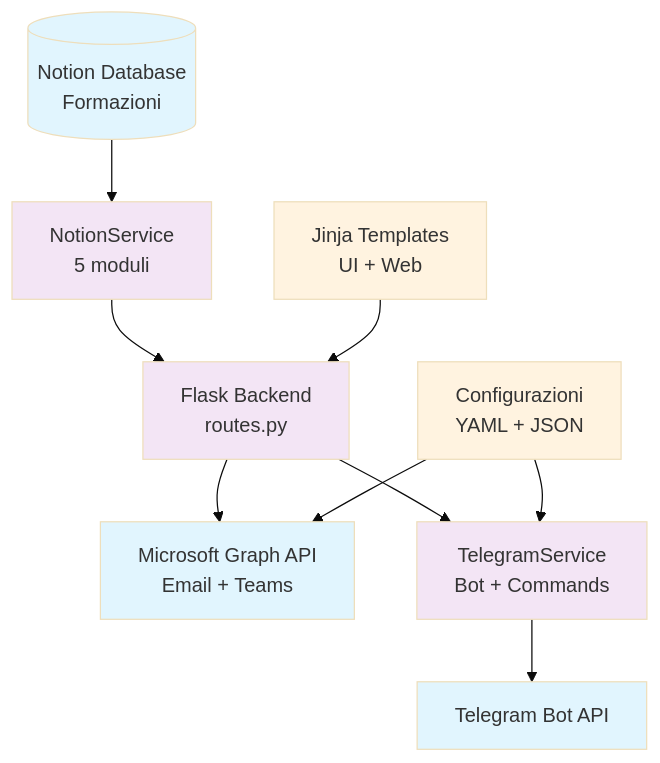
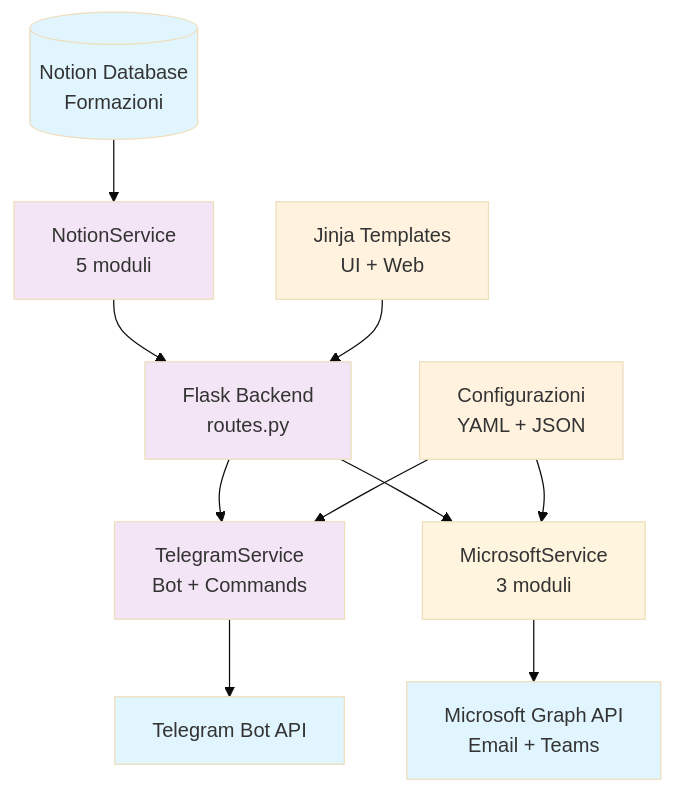
One commit to lucadileo9/Formazing changed the diagram in docs/README.md. Above: the diagram before and after it, drawn with Mermaid (base theme). The commit also changed other lines of this file and 1 other file, not shown here.

Commit message:
doc(Microsoft): create microsoft documentation

````diff
--- a/docs/README.md
+++ b/docs/README.md
@@ -33,37 +34,39 @@
 ```mermaid
 graph TB
     %% Database e API esterne
     NotionDB[(Notion Database<br/>Formazioni)]
     MSGraph[Microsoft Graph API<br/>Email + Teams]
     TelegramAPI[Telegram Bot API]
     
     %% Core Backend
     Flask[Flask Backend<br/>routes.py]
     NotionService[NotionService<br/>5 moduli]
+    MicrosoftService[MicrosoftService<br/>3 moduli]
     TelegramService[TelegramService<br/>Bot + Commands]
     
     %% Configurazioni
     Config[Configurazioni<br/>YAML + JSON]
     Templates[Jinja Templates<br/>UI + Web]
     
     %% Flusso principale
     NotionDB --> NotionService
     NotionService --> Flask
     Flask --> TelegramService
+    Flask --> MicrosoftService
     TelegramService --> TelegramAPI
-    Flask --> MSGraph
+    MicrosoftService --> MSGraph
     
     %% Configurazioni e UI
     Config --> TelegramService
-    Config --> MSGraph
+    Config --> MicrosoftService
     Templates --> Flask
     
     %% Styling
     classDef external fill:#e1f5fe
     classDef core fill:#f3e5f5
     classDef config fill:#fff3e0
     
     class NotionDB,MSGraph,TelegramAPI external
     class Flask,NotionService,TelegramService core
     class Config,Templates config
 ```
````
